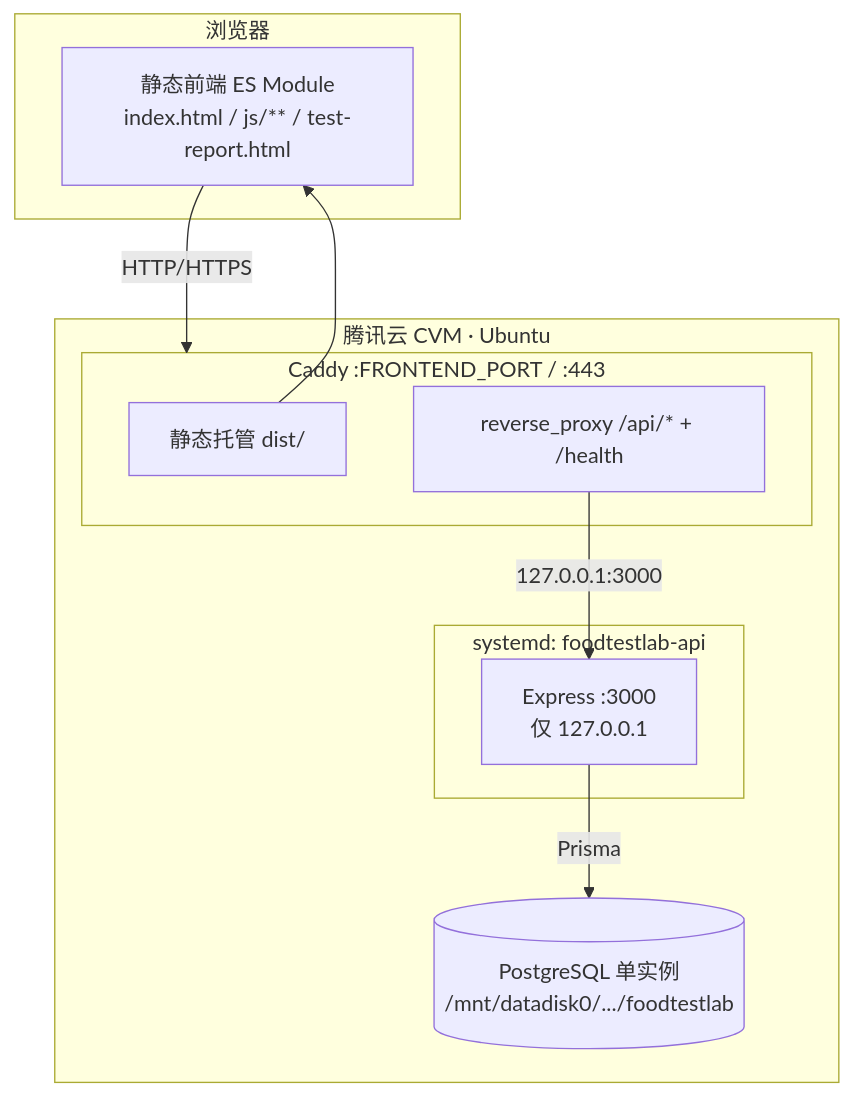
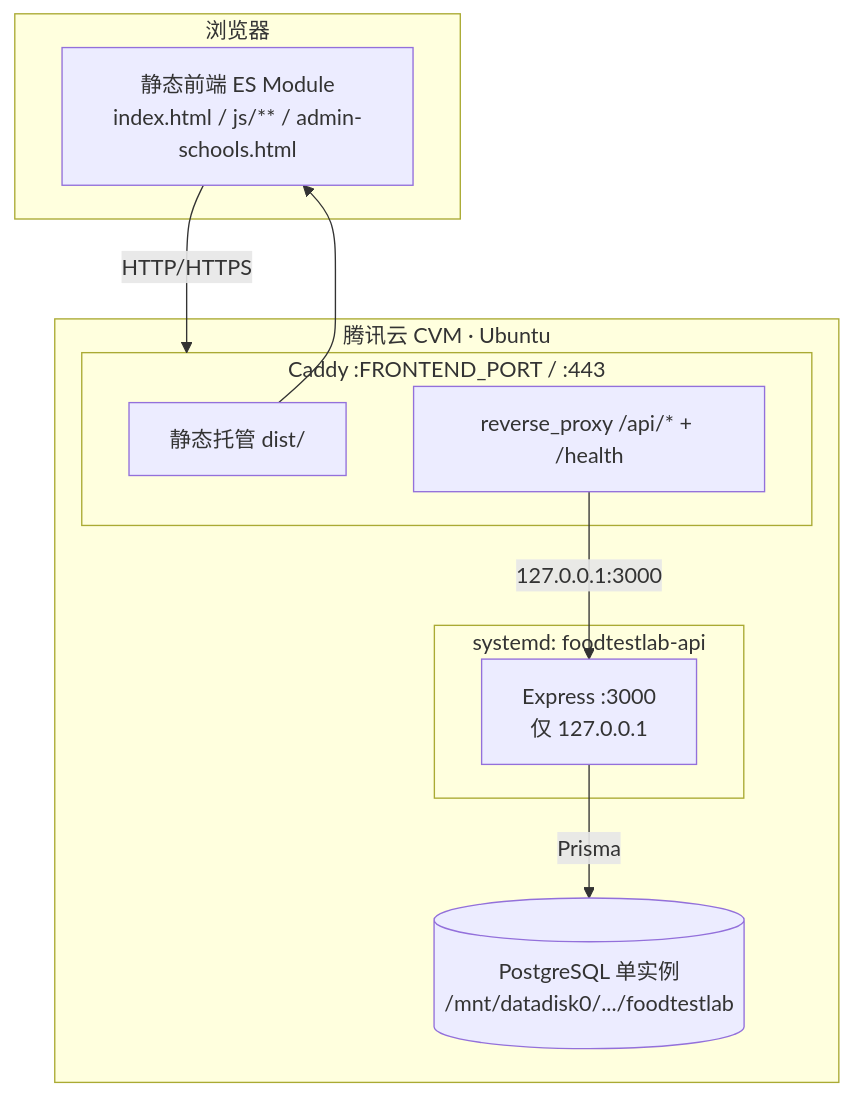
One commit to ArthurUker/Tianjiabing_foodtestlab changed the first of 5 diagrams in README.md. Above: the diagram before and after it, drawn with Mermaid. The commit also changed other lines of this file and 12 other files, not shown here.

First line of the commit message:
chore: 清理开发测试阶段 test-report.html / testReportSync 残留引用与文档

````diff
--- a/README.md
+++ b/README.md
@@ -95,22 +95,22 @@
 ```mermaid
 flowchart TB
     subgraph Client[浏览器]
-        UI[静态前端 ES Module<br/>index.html / js/** / test-report.html]
+        UI[静态前端 ES Module<br/>index.html / js/** / admin-schools.html]
     end
 
     subgraph CVM[腾讯云 CVM · Ubuntu]
         subgraph Caddy[Caddy :FRONTEND_PORT / :443]
             Static[静态托管 dist/]
             Proxy[reverse_proxy /api/* + /health]
         end
         subgraph Node[systemd: foodtestlab-api]
             API[Express :3000<br/>仅 127.0.0.1]
         end
         DB[(PostgreSQL 单实例<br/>/mnt/datadisk0/.../foodtestlab)]
     end
 
     UI -->|HTTP/HTTPS| Caddy
     Static --> UI
     Proxy -->|127.0.0.1:3000| API
     API -->|Prisma| DB
 ```
````
